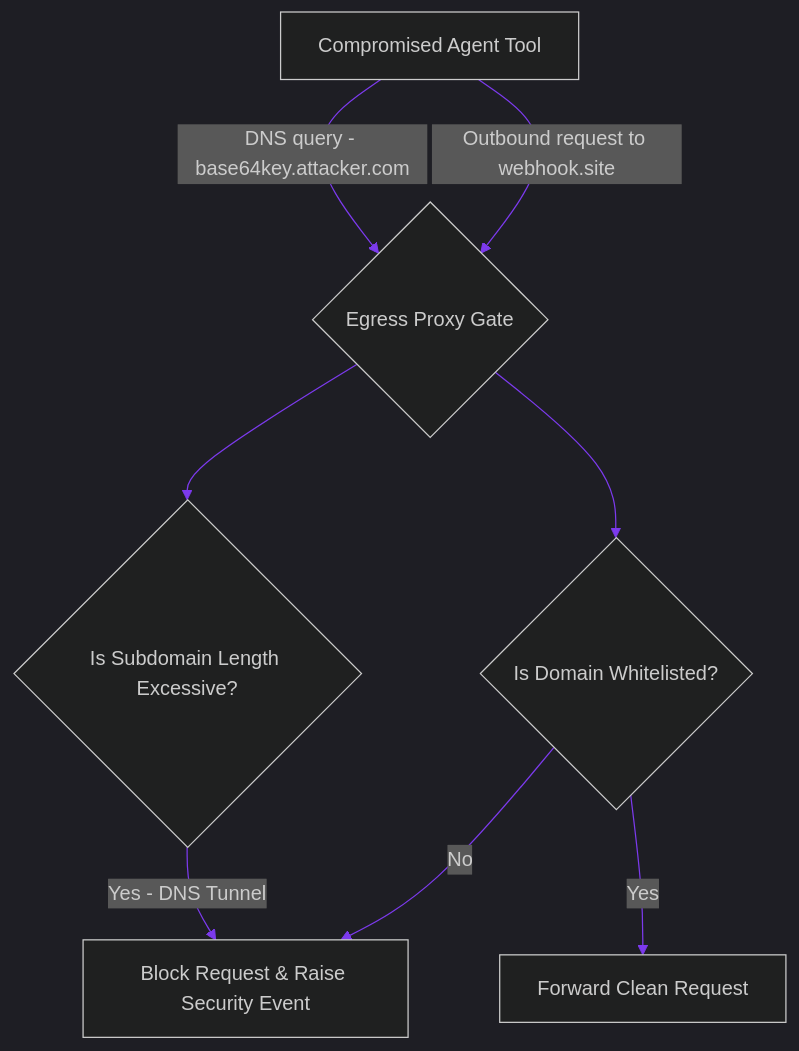
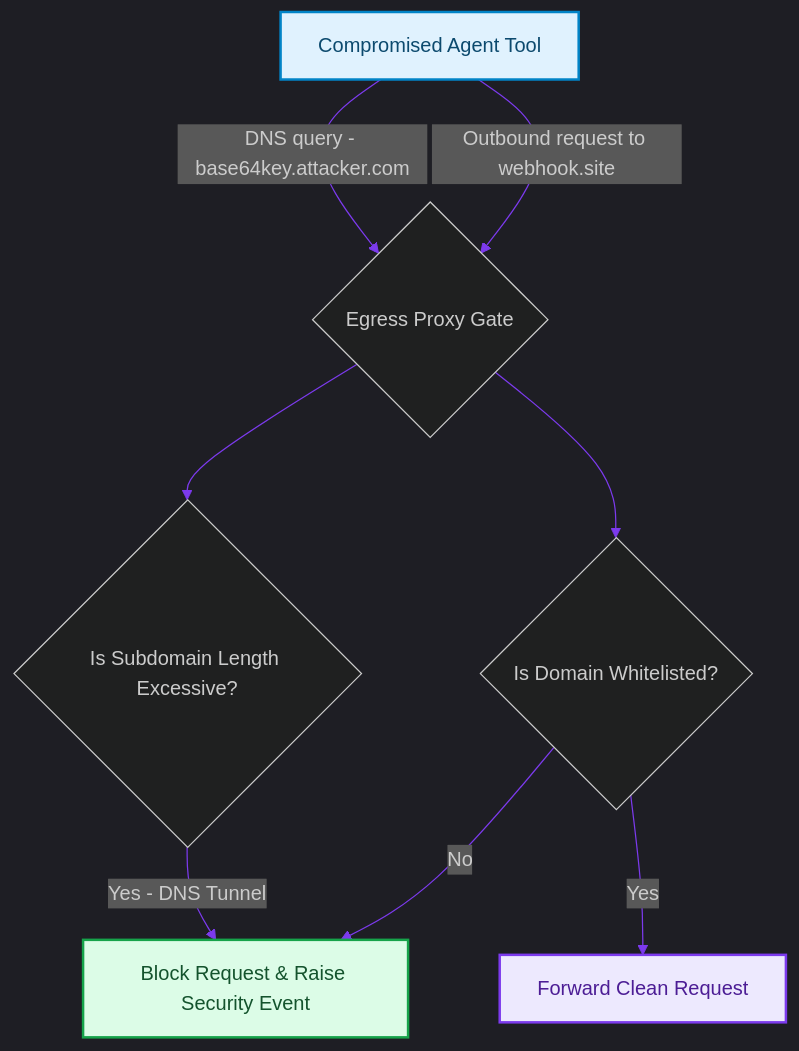
One commit to akmalkhaniub/akmalkhaniub.github.io changed the diagram in blog/posts/security-data-exfiltration-dns-tunnels-egress-gateways.md. Above: the diagram before and after it, drawn with Mermaid. The commit also changed other lines of this file and 1291 other files, not shown here.

First line of the commit message:
feat(catalog): unique covers, scholarly references, and diagram palettes

````diff
--- a/blog/posts/security-data-exfiltration-dns-tunnels-egress-gateways.md
+++ b/blog/posts/security-data-exfiltration-dns-tunnels-egress-gateways.md
@@ -16,14 +16,23 @@
 ```mermaid
 %%{init: {'theme': 'dark', 'themeVariables': { 'primaryColor': '#7c3aed', 'primaryTextColor': '#f3f4f6', 'primaryBorderColor': '#a78bfa', 'lineColor': '#7c3aed', 'secondaryColor': '#111827', 'tertiaryColor': '#0b0f19'}}}%%
 flowchart TD
-    Agent[Compromised Agent Tool] -->|Outbound request to webhook.site| Proxy{Egress Proxy Gate}
+    Agent["Compromised Agent Tool"] -->|Outbound request to webhook.site| Proxy{Egress Proxy Gate}
     Agent -->|DNS query - base64key.attacker.com| Proxy
     
     Proxy --> DomainCheck{Is Domain Whitelisted?}
     Proxy --> PayloadCheck{Is Subdomain Length Excessive?}
     
-    DomainCheck -->|No| Block[Block Request & Raise Security Event]
+    DomainCheck -->|No| Block["Block Request & Raise Security Event"]
     PayloadCheck -->|Yes - DNS Tunnel| Block
     
-    DomainCheck -->|Yes| Route[Forward Clean Request]
+    DomainCheck -->|Yes| Route["Forward Clean Request"]
+
+classDef green fill:#dcfce7,stroke:#16a34a,stroke-width:2px,color:#14532d;
+classDef red fill:#fee2e2,stroke:#dc2626,stroke-width:2px,color:#7f1d1d;
+classDef blue fill:#e0f2fe,stroke:#0284c7,stroke-width:2px,color:#0c4a6e;
+classDef yellow fill:#fef3c7,stroke:#d97706,stroke-width:2px,color:#78350f;
+classDef purple fill:#ede9fe,stroke:#7c3aed,stroke-width:2px,color:#4c1d95;
+class Agent blue
+class Block green
+class Route purple
 ```
````
